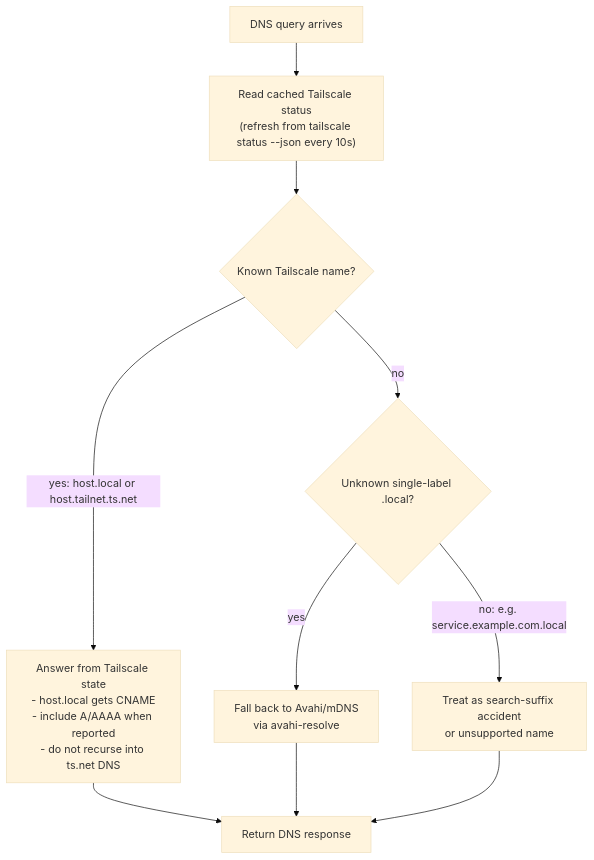
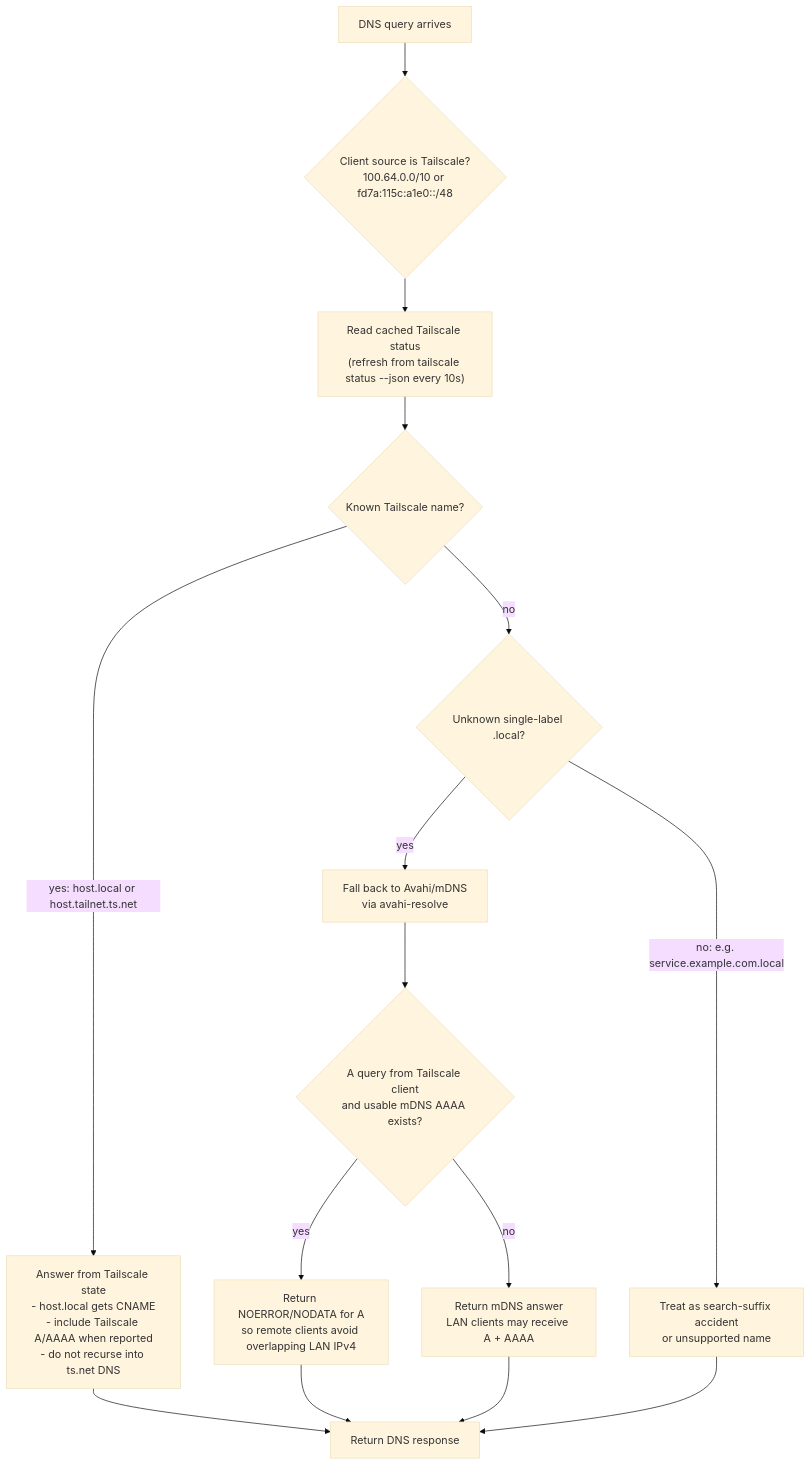
One commit to rcarmo/mdnsbridge changed the second of 2 diagrams in README.md. Above: the diagram before and after it, drawn with Mermaid (base theme). The commit also changed other lines of this file, not shown here.

Commit message:
Document Tailscale client answer policy

````diff
--- a/README.md
+++ b/README.md
@@ -44,17 +48,23 @@
 ```mermaid
 flowchart TD
     query["DNS query arrives"]
+    source{"Client source is Tailscale?<br/>100.64.0.0/10 or fd7a:115c:a1e0::/48"}
     status["Read cached Tailscale status<br/>(refresh from tailscale status --json every 10s)"]
     known{"Known Tailscale name?"}
-    tsanswer["Answer from Tailscale state<br/>- host.local gets CNAME<br/>- include A/AAAA when reported<br/>- do not recurse into ts.net DNS"]
+    tsanswer["Answer from Tailscale state<br/>- host.local gets CNAME<br/>- include Tailscale A/AAAA when reported<br/>- do not recurse into ts.net DNS"]
     single{"Unknown single-label .local?"}
     avahi["Fall back to Avahi/mDNS<br/>via avahi-resolve"]
+    aquery{"A query from Tailscale client<br/>and usable mDNS AAAA exists?"}
+    suppress["Return NOERROR/NODATA for A<br/>so remote clients avoid overlapping LAN IPv4"]
+    mdnsanswer["Return mDNS answer<br/>LAN clients may receive A + AAAA"]
     accident["Treat as search-suffix accident<br/>or unsupported name"]
     response["Return DNS response"]
 
-    query --> status --> known
+    query --> source --> status --> known
     known -- "yes: host.local or host.tailnet.ts.net" --> tsanswer --> response
     known -- "no" --> single
-    single -- "yes" --> avahi --> response
+    single -- "yes" --> avahi --> aquery
+    aquery -- "yes" --> suppress --> response
+    aquery -- "no" --> mdnsanswer --> response
     single -- "no: e.g. service.example.com.local" --> accident --> response
 ```
````
